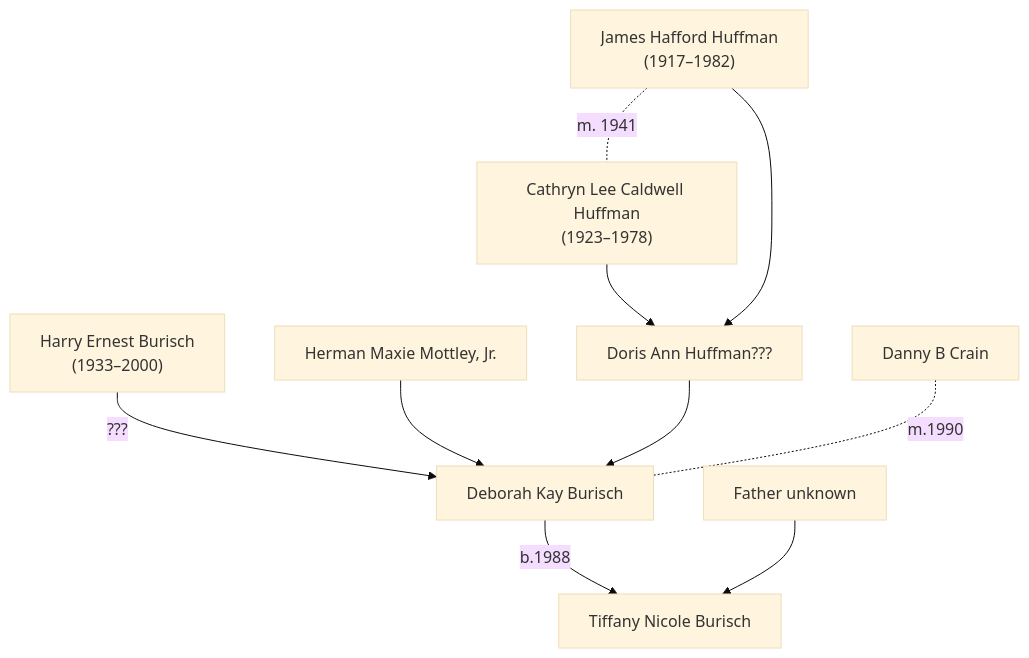
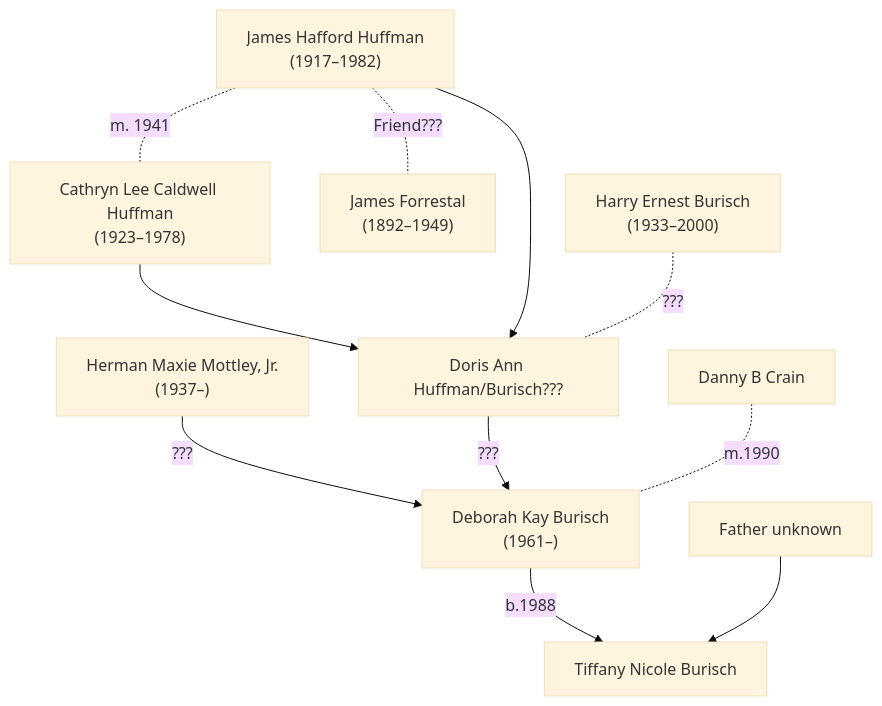
Before and after one commit to Black-Star-Institute/blackstar.github.io: the diagram in docs/people/burisch_deborah.md, drawn with Mermaid (base theme). The commit also changed other lines of this file and 1 other file, not shown here.

Commit message:
the plot thickens

````diff
--- a/docs/people/burisch_deborah.md
+++ b/docs/people/burisch_deborah.md
@@ -48,12 +50,13 @@
 ```mermaid
 graph TD;
   grandad -. "m. 1941" .- grandma
   grandma["Cathryn Lee Caldwell Huffman\n(1923&ndash;1978)"] --> mum
   grandad["James Hafford Huffman\n(1917&ndash;1982)"] --> mum
-  harry["Harry Ernest Burisch\n(1933&ndash;2000)"] -- "???" --> deborah
-  dad[Herman Maxie Mottley, Jr.] --> deborah
-  mum[Doris Ann Huffman???] --> deborah
-  deborah[Deborah Kay Burisch] -- "b.1988" --> tiffany[Tiffany Nicole Burisch]
+  grandad -. "Friend???" .- forrestal["James Forrestal\n(1892&ndash;1949)"]
+  harry["Harry Ernest Burisch\n(1933&ndash;2000)"] -. "???" .- mum
+  dad["Herman Maxie Mottley, Jr.\n(1937&ndash;)"] -- "???" --> deborah
+  mum[Doris Ann Huffman/Burisch???] -- "???" --> deborah
+  deborah["Deborah Kay Burisch\n(1961&ndash;)"] -- "b.1988" --> tiffany[Tiffany Nicole Burisch]
   anon[Father unknown] --> tiffany
   dan[Danny B Crain] -. "m.1990" .- deborah
 ```
````
